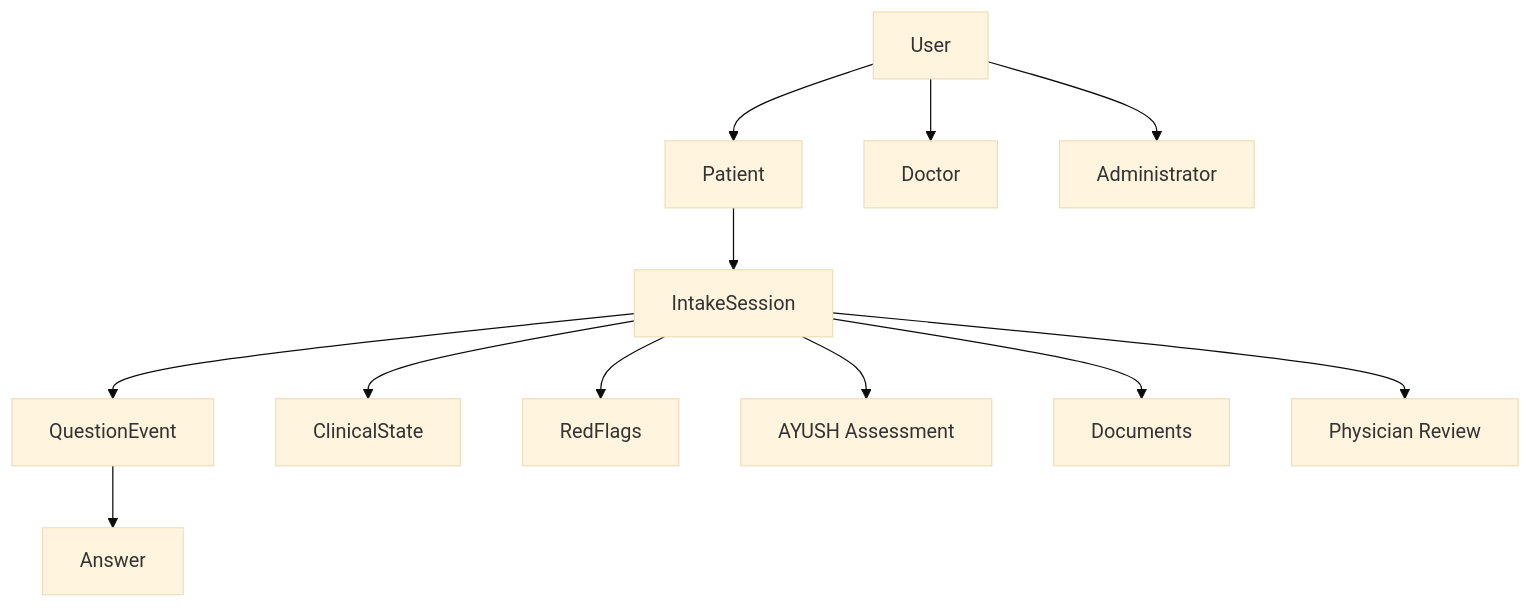
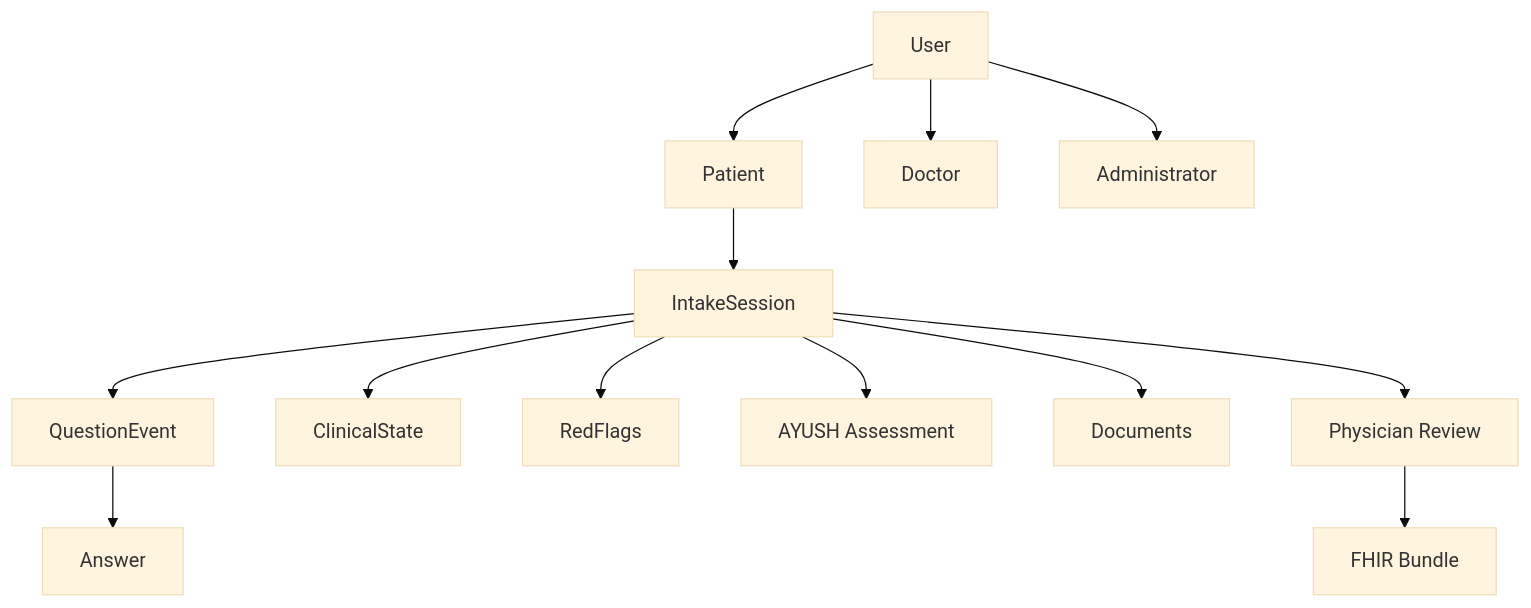
Before and after one commit to OmkarD09/SwasthyaVaani: diagram 12 of 15 in README.md, drawn with Mermaid (base theme). The commit also changed other lines of this file and 16 other files, not shown here.

````diff
--- a/README.md
+++ b/README.md
@@ -411,14 +603,15 @@
 ```mermaid
 flowchart TD
     U[User] --> P[Patient]
     U --> D[Doctor]
     U --> AD[Administrator]
     P --> IS[IntakeSession]
     IS --> QE[QuestionEvent]
     QE --> ANS[Answer]
     IS --> CS[ClinicalState]
     IS --> RF[RedFlags]
     IS --> AY["AYUSH Assessment"]
     IS --> DOC[Documents]
     IS --> PR["Physician Review"]
+    PR --> FHIRB["FHIR Bundle"]
 ```
````
